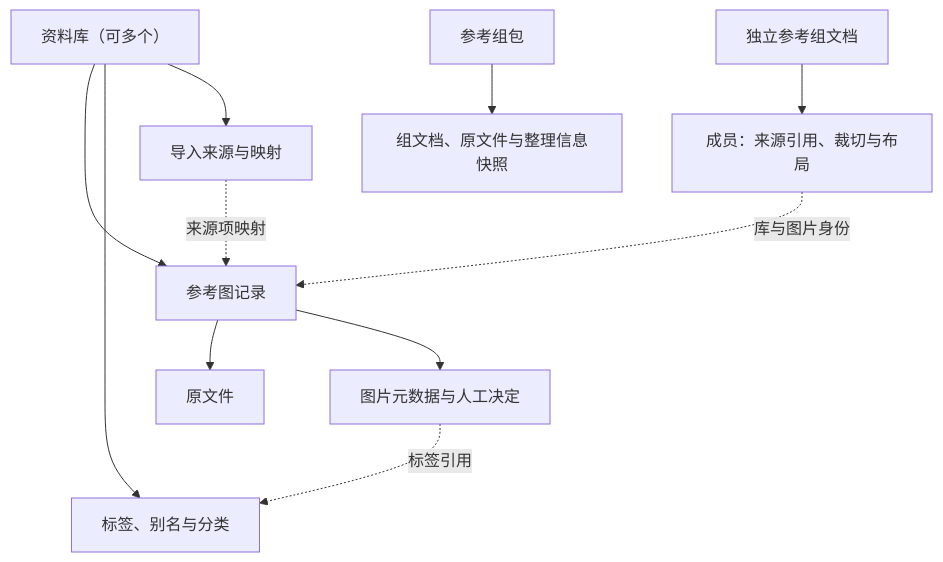
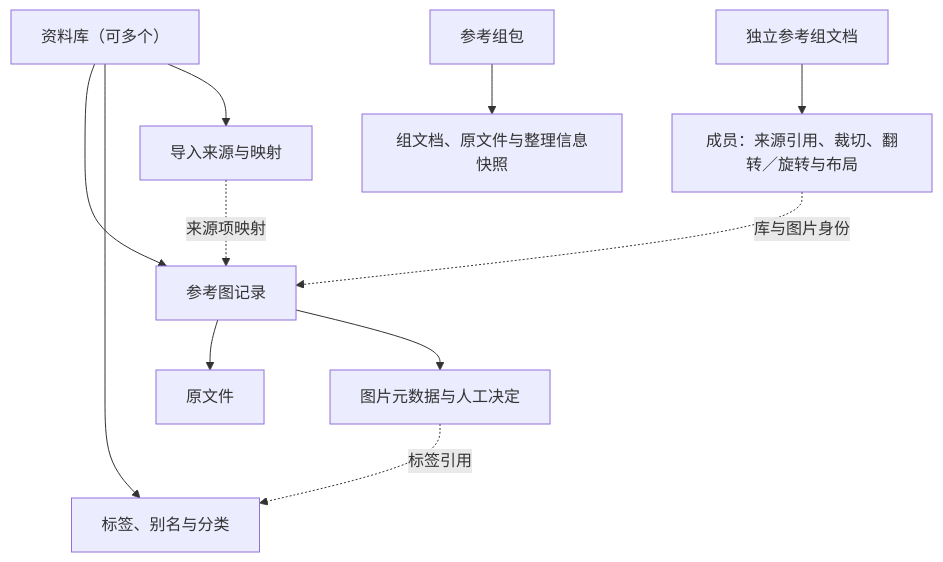
One commit to Yukk1No/kinshoko changed the diagram in docs/discovery/data-hierarchy.md. Above: the diagram before and after it, drawn with Mermaid. The commit also changed other lines of this file and 5 other files, not shown here.

````diff
--- a/docs/discovery/data-hierarchy.md
+++ b/docs/discovery/data-hierarchy.md
@@ -9,13 +9,13 @@
 ```mermaid
 flowchart TB
     L["资料库（可多个）"] --> I["参考图记录"]
     L --> T["标签、别名与分类"]
     L --> S["导入来源与映射"]
     I --> O["原文件"]
     I --> M["图片元数据与人工决定"]
     M -. 标签引用 .-> T
     S -. 来源项映射 .-> I
-    G["独立参考组文档"] --> V["成员：来源引用、裁切与布局"]
+    G["独立参考组文档"] --> V["成员：来源引用、裁切、翻转／旋转与布局"]
     V -. 库与图片身份 .-> I
     P["参考组包"] --> D["组文档、原文件与整理信息快照"]
 ```
````
